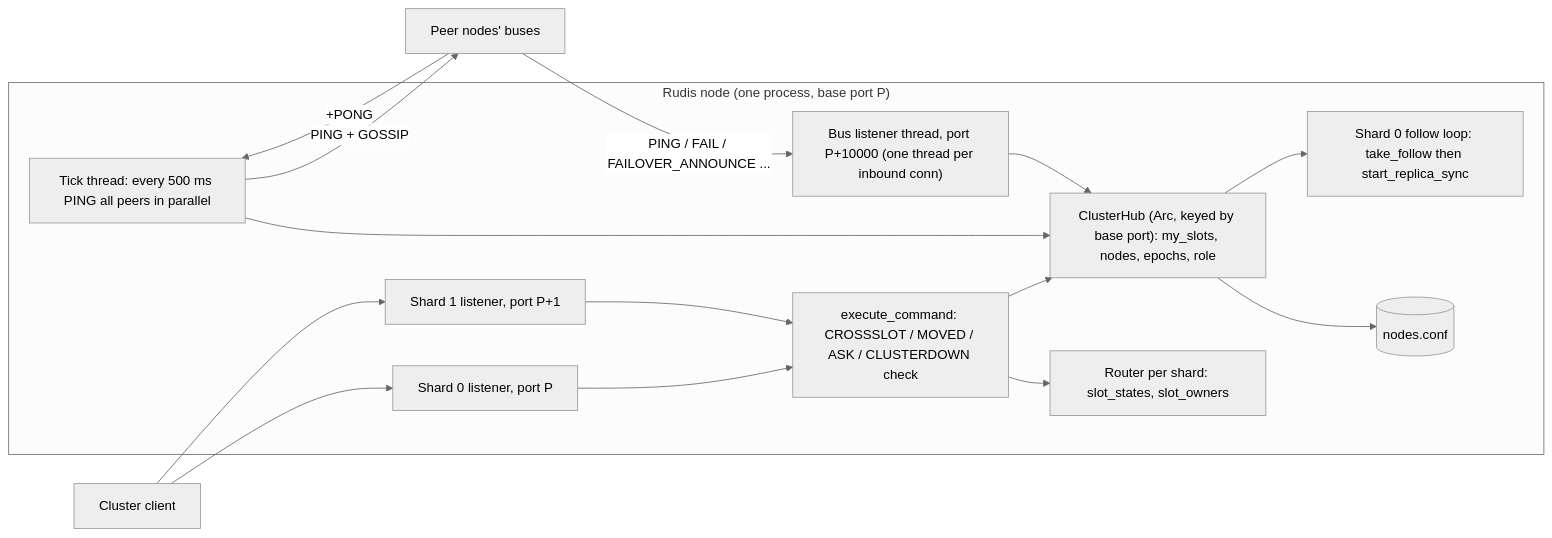
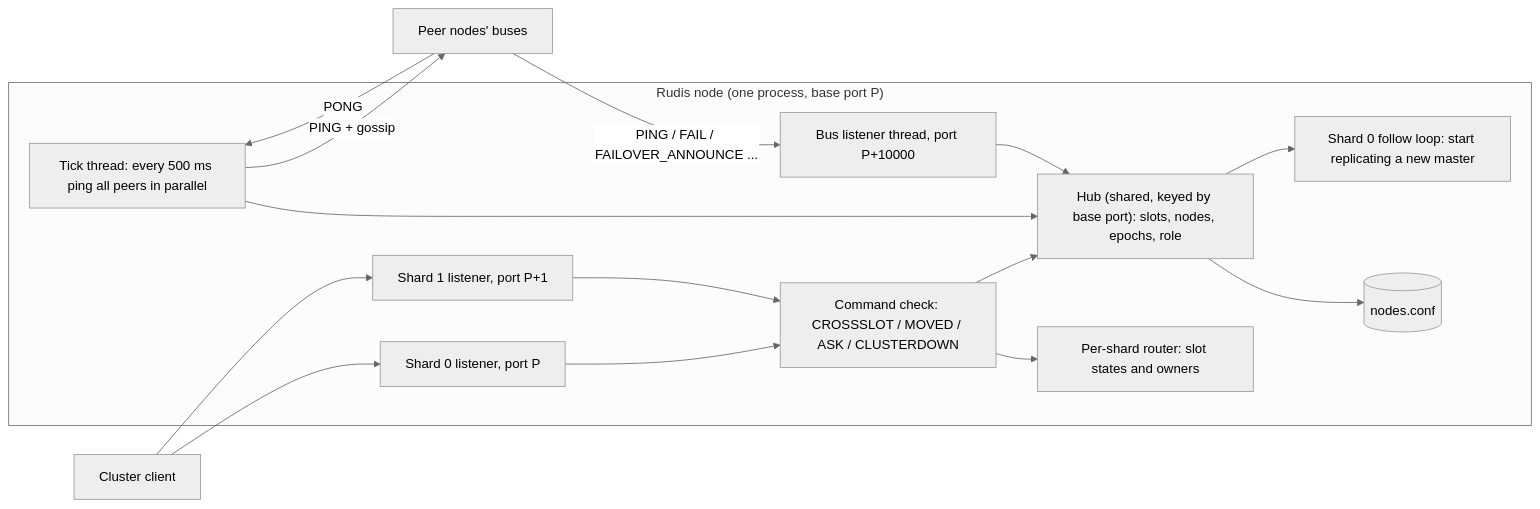
One commit to warrenzhu25/rudis changed the first of 2 diagrams in docs/internal/11_cluster_topology.md. Above: the diagram before and after it, drawn with Mermaid (neutral theme). The commit also changed other lines of this file, not shown here.

First line of the commit message:
docs(internal): rewrite cluster topology guide in the prose-first style

````diff
--- a/docs/internal/11_cluster_topology.md
+++ b/docs/internal/11_cluster_topology.md
@@ -60,27 +58,27 @@
 ```mermaid
 flowchart LR
     subgraph Node["Rudis node (one process, base port P)"]
         C0["Shard 0 listener, port P"]
         C1["Shard 1 listener, port P+1"]
-        EXEC["execute_command: CROSSSLOT / MOVED / ASK / CLUSTERDOWN check"]
-        RT["Router per shard: slot_states, slot_owners"]
-        HUB["ClusterHub (Arc, keyed by base port): my_slots, nodes, epochs, role"]
-        BUS["Bus listener thread, port P+10000 (one thread per inbound conn)"]
-        TICK["Tick thread: every 500 ms PING all peers in parallel"]
+        EXEC["Command check: CROSSSLOT / MOVED / ASK / CLUSTERDOWN"]
+        RT["Per-shard router: slot states and owners"]
+        HUB["Hub (shared, keyed by base port): slots, nodes, epochs, role"]
+        BUS["Bus listener thread, port P+10000"]
+        TICK["Tick thread: every 500 ms ping all peers in parallel"]
         CONF[("nodes.conf")]
-        FOLLOW["Shard 0 follow loop: take_follow then start_replica_sync"]
+        FOLLOW["Shard 0 follow loop: start replicating a new master"]
     end
     Client["Cluster client"] --> C0
     Client --> C1
     C0 --> EXEC
     C1 --> EXEC
     EXEC --> RT
     EXEC --> HUB
     BUS --> HUB
     TICK --> HUB
-    TICK -- "PING + GOSSIP" --> Peer["Peer nodes' buses"]
-    Peer -- "+PONG" --> TICK
+    TICK -- "PING + gossip" --> Peer["Peer nodes' buses"]
+    Peer -- "PONG" --> TICK
     Peer -- "PING / FAIL / FAILOVER_ANNOUNCE ..." --> BUS
     HUB --> CONF
     HUB --> FOLLOW
 ```
````
